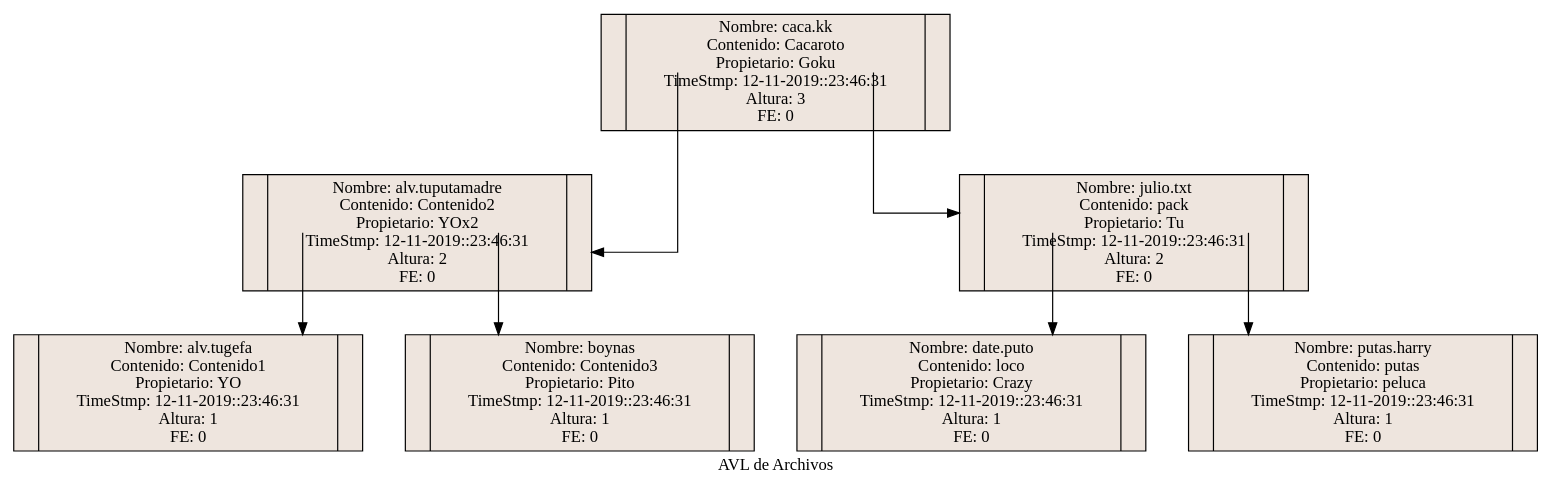
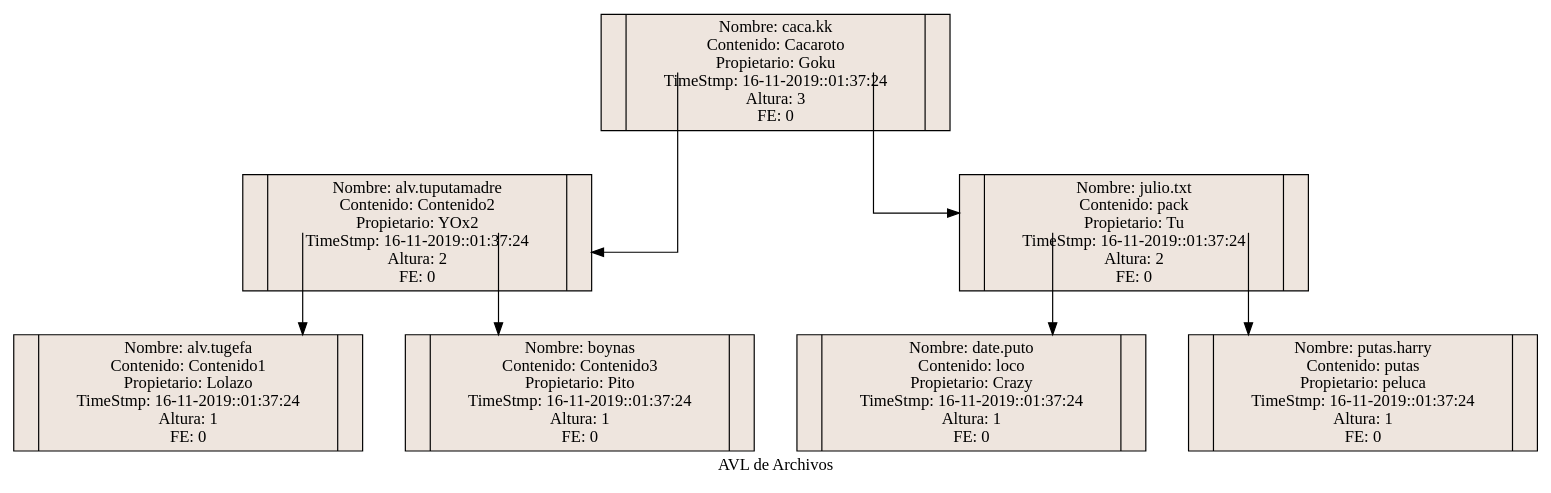
Before and after one commit to Douglas-Martinez/EDD_2S2019_PY2_201603168: the diagram in Proyecto2_2/build/classes/Reportes/avl.dot, drawn with Graphviz. The commit also changed 74 other files, not shown here.

```diff
--- a/Proyecto2_2/build/classes/Reportes/avl.dot
+++ b/Proyecto2_2/build/classes/Reportes/avl.dot
@@ -1,29 +1,29 @@
 digraph avl {
 
 	graph[splines=ortho, nodesep=0.5];
 
 	node[shape=record, style=filled, fillcolor=seashell2];
 
-	1289696681[label="<C0>|Nombre: caca.kk\nContenido: Cacaroto\nPropietario: Goku\nTimeStmp: 12-11-2019::23:46:31\nAltura: 3\nFE: 0|<C1>"];
-	1285044316[label="<C0>|Nombre: alv.tuputamadre\nContenido: Contenido2\nPropietario: YOx2\nTimeStmp: 12-11-2019::23:46:31\nAltura: 2\nFE: 0|<C1>"];
-	1607460018[label="<C0>|Nombre: alv.tugefa\nContenido: Contenido1\nPropietario: YO\nTimeStmp: 12-11-2019::23:46:31\nAltura: 1\nFE: 0|<C1>"];
-	1811075214[label="<C0>|Nombre: boynas\nContenido: Contenido3\nPropietario: Pito\nTimeStmp: 12-11-2019::23:46:31\nAltura: 1\nFE: 0|<C1>"];
-	1588970020[label="<C0>|Nombre: julio.txt\nContenido: pack\nPropietario: Tu\nTimeStmp: 12-11-2019::23:46:31\nAltura: 2\nFE: 0|<C1>"];
-	1407343478[label="<C0>|Nombre: date.puto\nContenido: loco\nPropietario: Crazy\nTimeStmp: 12-11-2019::23:46:31\nAltura: 1\nFE: 0|<C1>"];
-	1940447180[label="<C0>|Nombre: putas.harry\nContenido: putas\nPropietario: peluca\nTimeStmp: 12-11-2019::23:46:31\nAltura: 1\nFE: 0|<C1>"];
+	751893629[label="<C0>|Nombre: caca.kk\nContenido: Cacaroto\nPropietario: Goku\nTimeStmp: 16-11-2019::01:37:24\nAltura: 3\nFE: 0|<C1>"];
+	1964048393[label="<C0>|Nombre: alv.tuputamadre\nContenido: Contenido2\nPropietario: YOx2\nTimeStmp: 16-11-2019::01:37:24\nAltura: 2\nFE: 0|<C1>"];
+	1175951820[label="<C0>|Nombre: alv.tugefa\nContenido: Contenido1\nPropietario: Lolazo\nTimeStmp: 16-11-2019::01:37:24\nAltura: 1\nFE: 0|<C1>"];
+	35630192[label="<C0>|Nombre: boynas\nContenido: Contenido3\nPropietario: Pito\nTimeStmp: 16-11-2019::01:37:24\nAltura: 1\nFE: 0|<C1>"];
+	688364378[label="<C0>|Nombre: julio.txt\nContenido: pack\nPropietario: Tu\nTimeStmp: 16-11-2019::01:37:24\nAltura: 2\nFE: 0|<C1>"];
+	1424742203[label="<C0>|Nombre: date.puto\nContenido: loco\nPropietario: Crazy\nTimeStmp: 16-11-2019::01:37:24\nAltura: 1\nFE: 0|<C1>"];
+	776535443[label="<C0>|Nombre: putas.harry\nContenido: putas\nPropietario: peluca\nTimeStmp: 16-11-2019::01:37:24\nAltura: 1\nFE: 0|<C1>"];
 
 
 
-1289696681:C0->1285044316;
+751893629:C0->1964048393;
 
-1289696681:C1->1588970020;
+751893629:C1->688364378;
 
-1285044316:C0->1607460018;
+1964048393:C0->1175951820;
 
-1285044316:C1->1811075214;
+1964048393:C1->35630192;
 
-1588970020:C0->1407343478;
+688364378:C0->1424742203;
 
-1588970020:C1->1940447180;
+688364378:C1->776535443;
 
 	label = "AVL de Archivos"}
```
